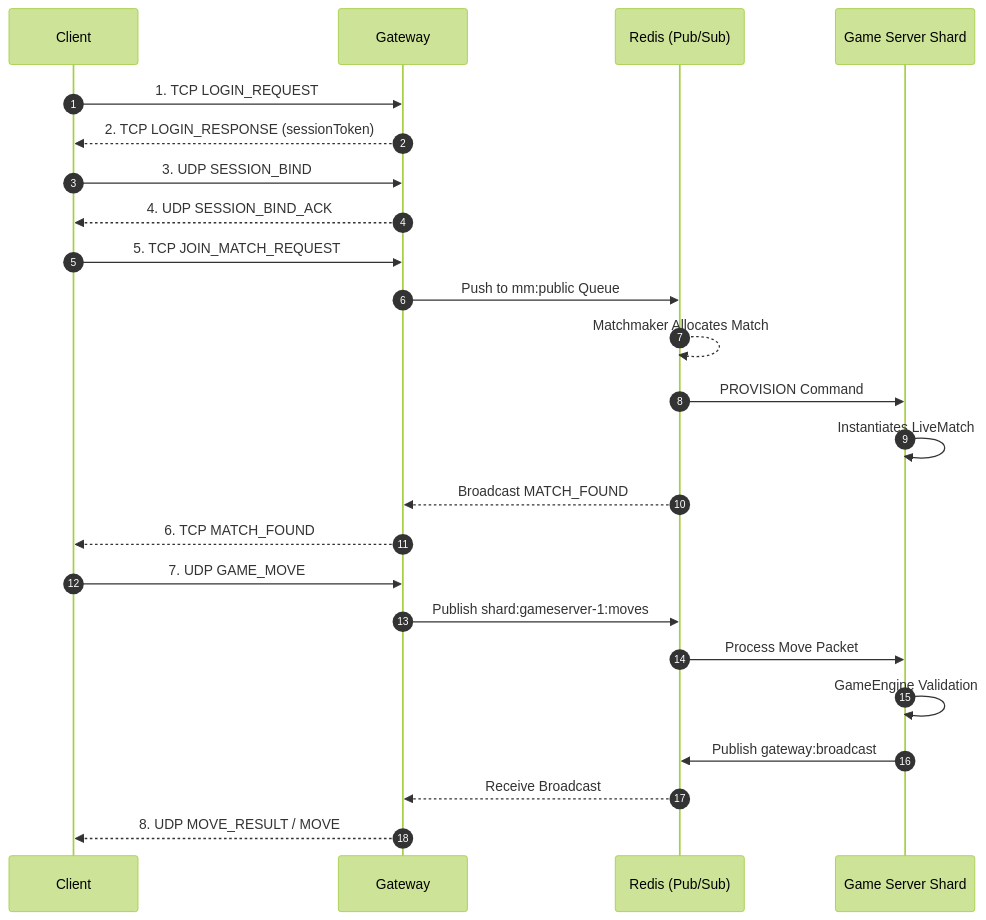
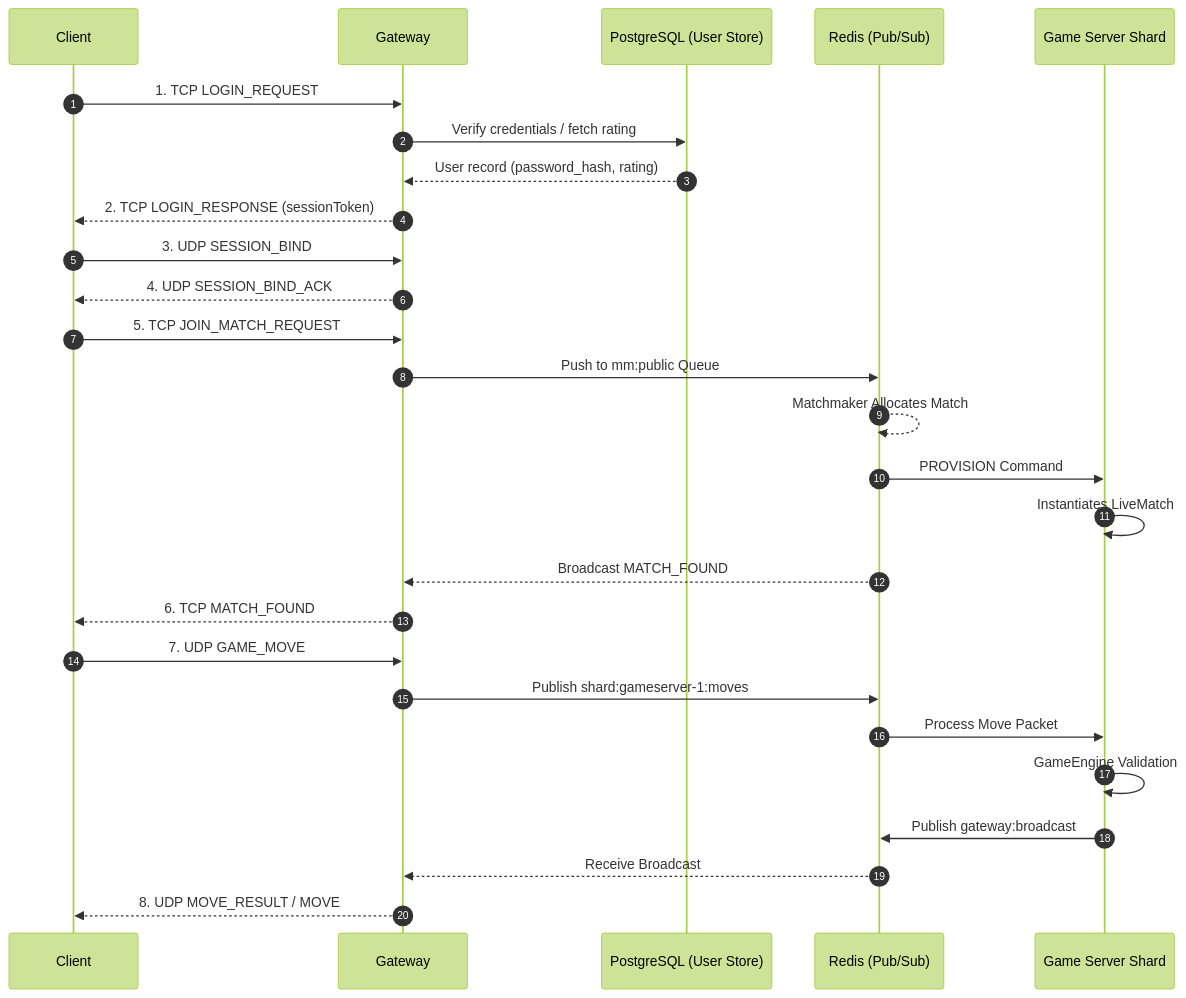
One commit to Naama00/kung-fu-chess changed the second of 2 diagrams in docs/ARCHITECTURE.md. Above: the diagram before and after it, drawn with Mermaid (forest theme). The commit also changed other lines of this file and 12 other files, not shown here.

First line of the commit message:
feat(persistence): replace RedisUserRepository with PostgreSQL (libpqxx)

````diff
--- a/docs/ARCHITECTURE.md
+++ b/docs/ARCHITECTURE.md
@@ -112,29 +131,32 @@
 ```mermaid
 sequenceDiagram
     autonumber
     participant Client
     participant Gateway
+    participant Postgres as PostgreSQL (User Store)
     participant Redis as Redis (Pub/Sub)
     participant Shard as Game Server Shard
 
     Client->>Gateway: 1. TCP LOGIN_REQUEST
+    Gateway->>Postgres: Verify credentials / fetch rating
+    Postgres-->>Gateway: User record (password_hash, rating)
     Gateway-->>Client: 2. TCP LOGIN_RESPONSE (sessionToken)
     Client->>Gateway: 3. UDP SESSION_BIND
     Gateway-->>Client: 4. UDP SESSION_BIND_ACK
 
     Client->>Gateway: 5. TCP JOIN_MATCH_REQUEST
     Gateway->>Redis: Push to mm:public Queue
     Redis-->>Redis: Matchmaker Allocates Match
     Redis->>Shard: PROVISION Command
     Shard->>Shard: Instantiates LiveMatch
     Redis-->>Gateway: Broadcast MATCH_FOUND
     Gateway-->>Client: 6. TCP MATCH_FOUND
 
     Client->>Gateway: 7. UDP GAME_MOVE
     Gateway->>Redis: Publish shard:gameserver-1:moves
     Redis->>Shard: Process Move Packet
     Shard->>Shard: GameEngine Validation
     Shard->>Redis: Publish gateway:broadcast
     Redis-->>Gateway: Receive Broadcast
     Gateway-->>Client: 8. UDP MOVE_RESULT / MOVE
 ```
````
